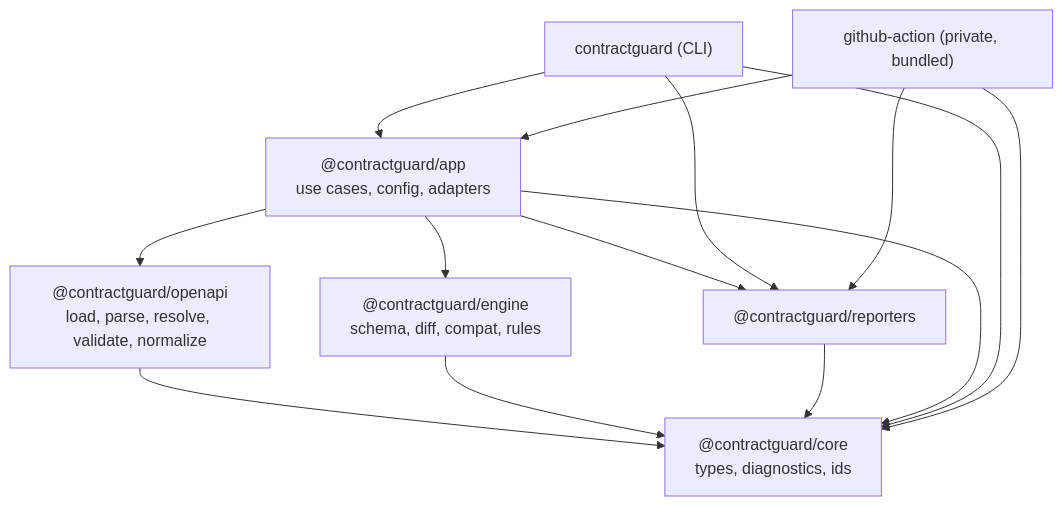
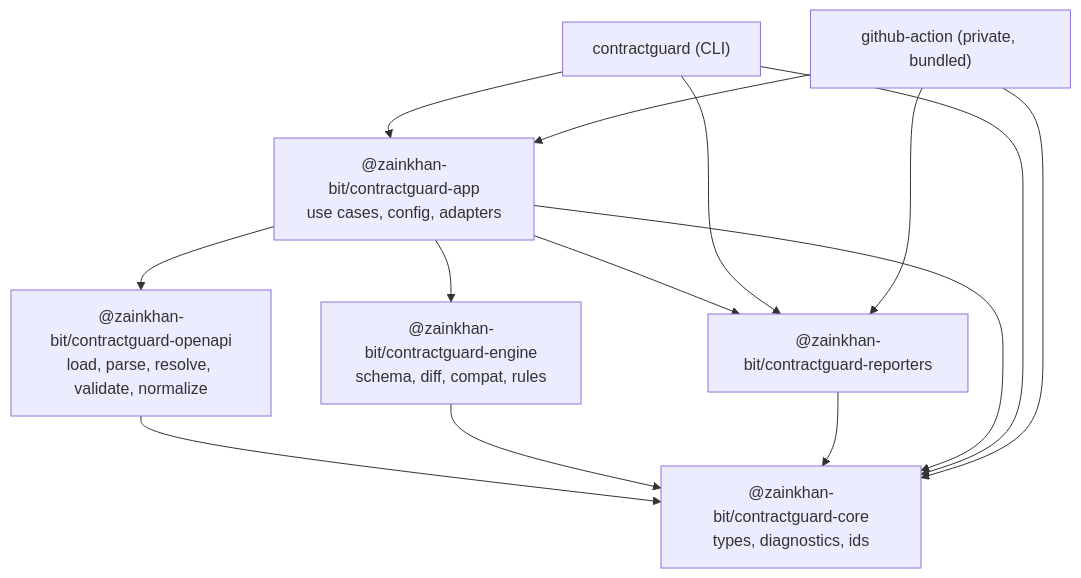
The second of 7 diagrams in docs/architecture/BLUEPRINT.md (zainkhan-bit/ContractGuard), drawn with Mermaid before and after one commit. The commit also changed other lines of this file and 103 other files, not shown here.

First line of the commit message:
chore: publish libraries under @zainkhan-bit/contractguard-*

````diff
--- a/docs/architecture/BLUEPRINT.md
+++ b/docs/architecture/BLUEPRINT.md
@@ -531,24 +531,24 @@
 ```mermaid
 flowchart TB
-  core["@contractguard/core<br/>types, diagnostics, ids"]
-  openapi["@contractguard/openapi<br/>load, parse, resolve, validate, normalize"]
-  engine["@contractguard/engine<br/>schema, diff, compat, rules"]
-  reporters["@contractguard/reporters"]
-  app["@contractguard/app<br/>use cases, config, adapters"]
+  core["@zainkhan-bit/contractguard-core<br/>types, diagnostics, ids"]
+  openapi["@zainkhan-bit/contractguard-openapi<br/>load, parse, resolve, validate, normalize"]
+  engine["@zainkhan-bit/contractguard-engine<br/>schema, diff, compat, rules"]
+  reporters["@zainkhan-bit/contractguard-reporters"]
+  app["@zainkhan-bit/contractguard-app<br/>use cases, config, adapters"]
   cli["contractguard (CLI)"]
   action["github-action (private, bundled)"]
 
   openapi --> core
   engine --> core
   reporters --> core
   app --> core
   app --> openapi
   app --> engine
   app --> reporters
   cli --> app
   cli --> reporters
   cli --> core
   action --> app
   action --> reporters
   action --> core
 ```
````
